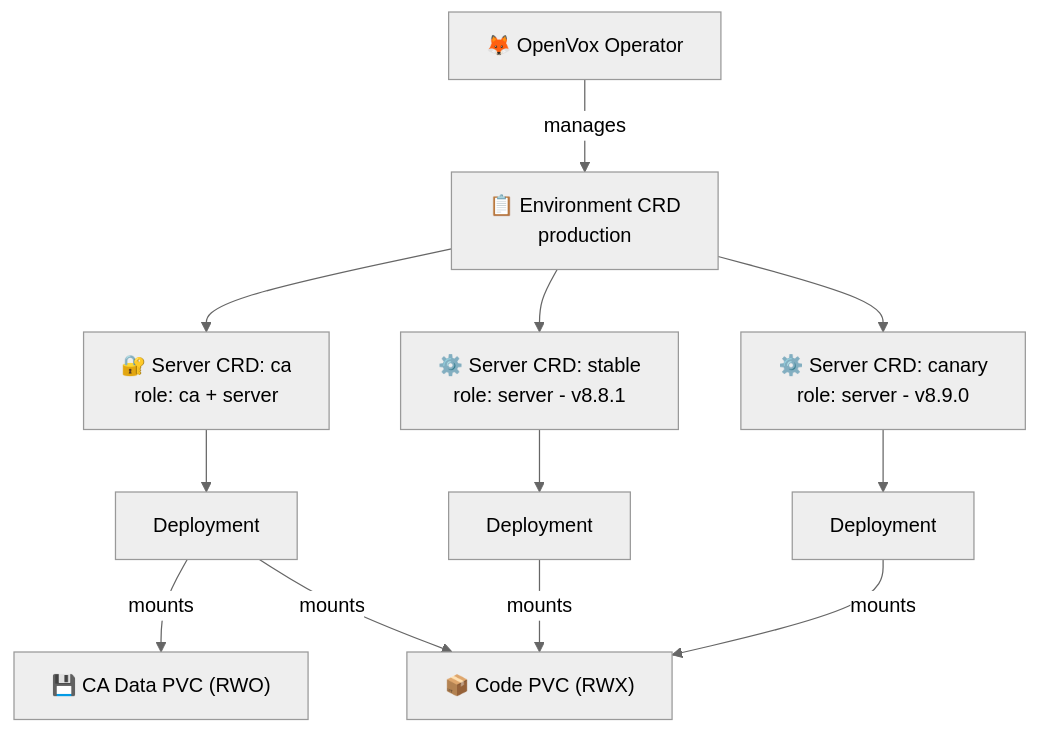
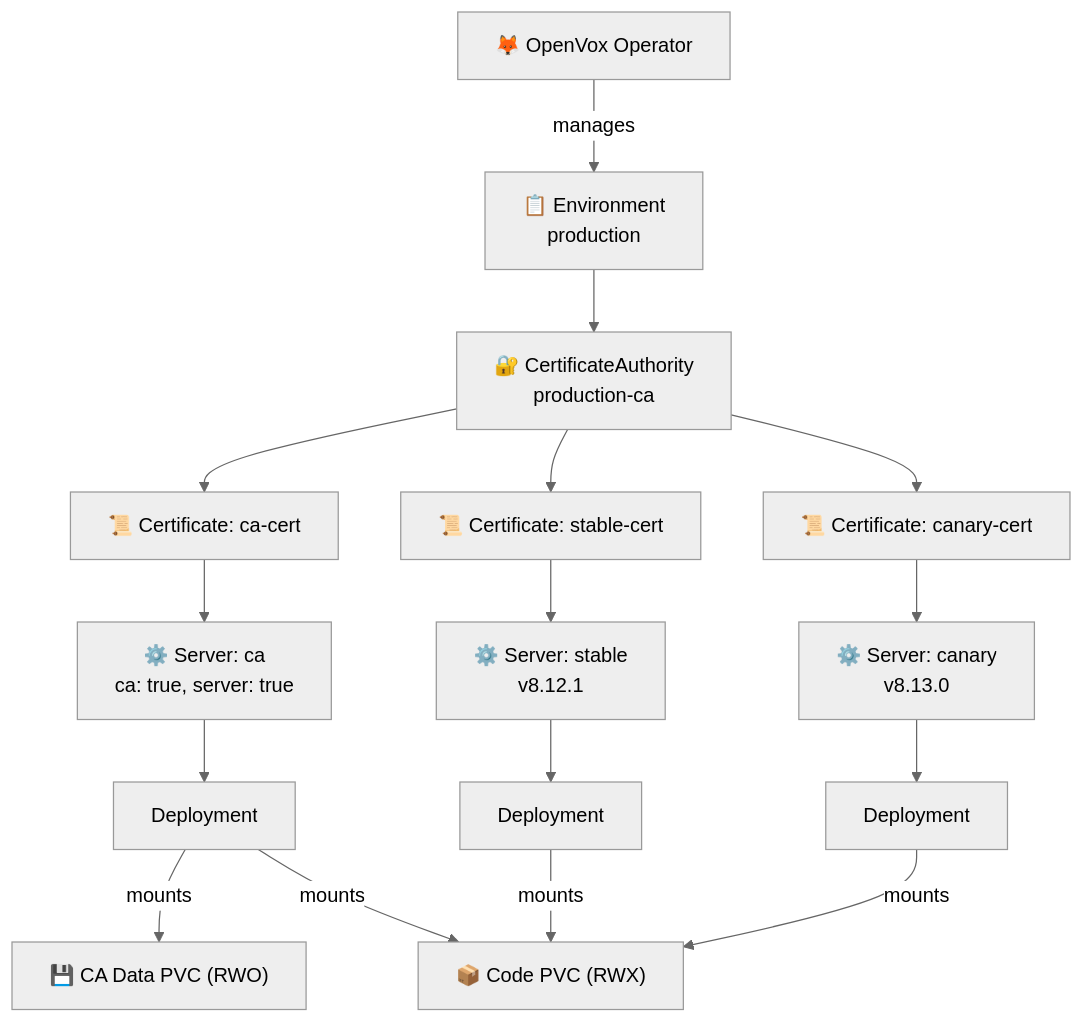
Before and after one commit to slauger/openvox-operator: the first of 2 diagrams in README.md, drawn with Mermaid (neutral theme). The commit also changed other lines of this file and 33 other files, not shown here.

First line of the commit message:
feat: introduce CertificateAuthority and Certificate CRDs

````diff
--- a/README.md
+++ b/README.md
@@ -16,19 +16,24 @@
 ```mermaid
 graph TD
     Op["🦊 OpenVox Operator"]
     Op -->|manages| Env
 
-    Env["📋 Environment CRD<br/>production"]
-    Env --> CA["🔐 Server CRD: ca<br/>role: ca + server"]
-    Env --> Stable["⚙️ Server CRD: stable<br/>role: server - v8.8.1"]
-    Env --> Canary["⚙️ Server CRD: canary<br/>role: server - v8.9.0"]
+    Env["📋 Environment<br/>production"]
+    Env --> CA_CRD["🔐 CertificateAuthority<br/>production-ca"]
+    CA_CRD --> Cert_CA["📜 Certificate: ca-cert"]
+    CA_CRD --> Cert_Stable["📜 Certificate: stable-cert"]
+    CA_CRD --> Cert_Canary["📜 Certificate: canary-cert"]
+
+    Cert_CA --> CA["⚙️ Server: ca<br/>ca: true, server: true"]
+    Cert_Stable --> Stable["⚙️ Server: stable<br/>v8.12.1"]
+    Cert_Canary --> Canary["⚙️ Server: canary<br/>v8.13.0"]
 
     CA --> CA_D["Deployment"]
     Stable --> ST_D["Deployment"]
     Canary --> CN_D["Deployment"]
 
     CA_D -->|mounts| CA_PVC["💾 CA Data PVC (RWO)"]
     CA_D -->|mounts| Code_PVC
     ST_D -->|mounts| Code_PVC["📦 Code PVC (RWX)"]
     CN_D -->|mounts| Code_PVC
 ```
````
